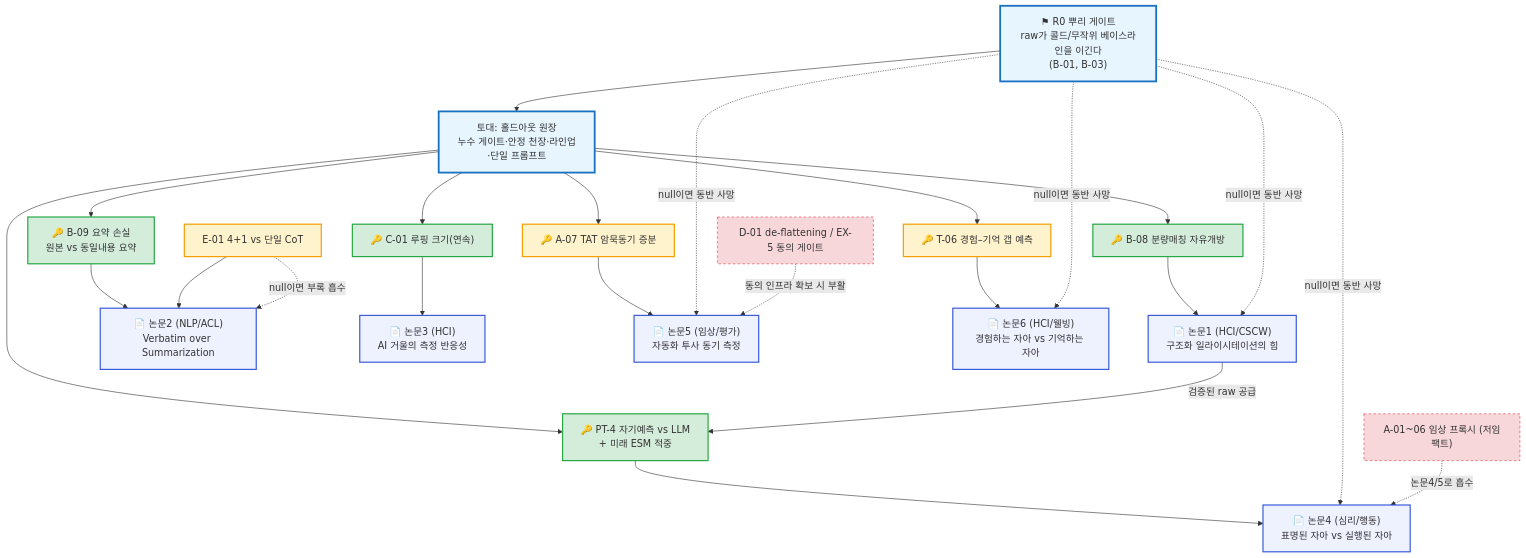
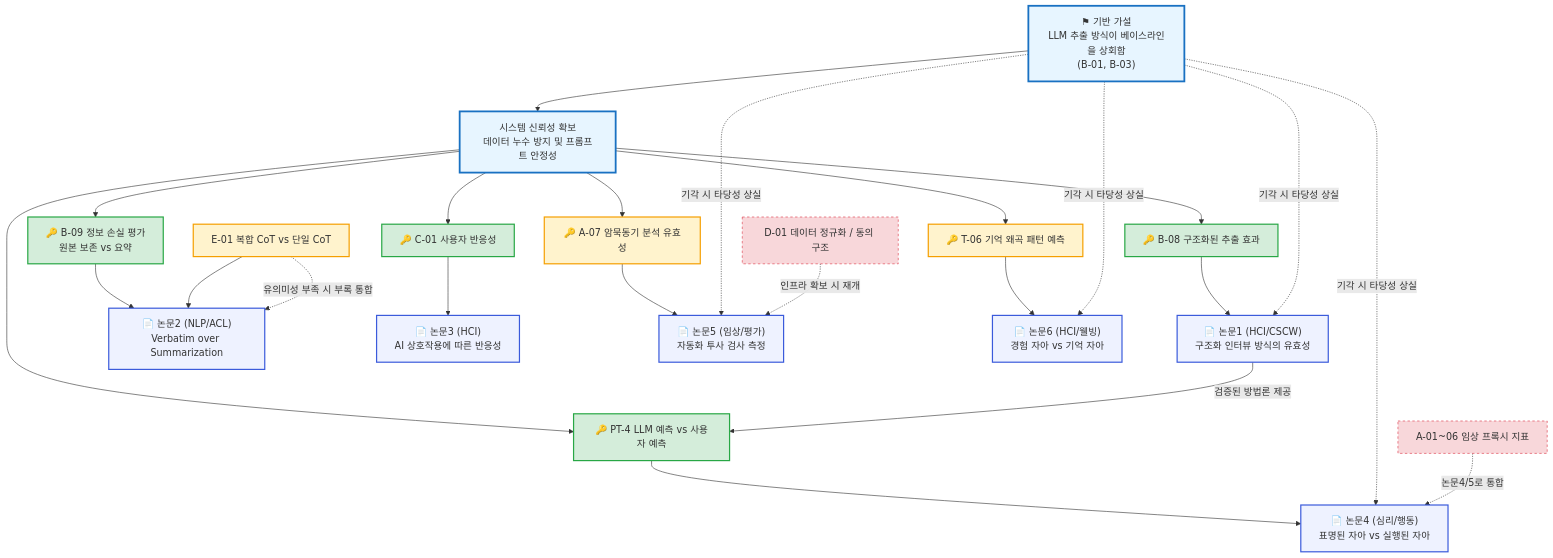
Before and after one commit to YiTanJang/extracting-the-human-mind: the diagram in 논문 전략.md, drawn with Mermaid. The commit also changed other lines of this file, not shown here.

````diff
--- a/논문 전략.md
+++ b/논문 전략.md
@@ -27,39 +27,39 @@
 ```mermaid
 graph TD
     classDef paper fill:#eef2ff,stroke:#3b5bdb,stroke-width:2px;
     classDef key fill:#d4edda,stroke:#28a745,stroke-width:2px;
     classDef risky fill:#fff3cd,stroke:#f59f00,stroke-width:2px;
     classDef null fill:#f8d7da,stroke:#dc3545,stroke-width:1px,stroke-dasharray: 4 4;
     classDef root fill:#e7f5ff,stroke:#1971c2,stroke-width:3px;
 
-    R0["⚑ R0 뿌리 게이트<br/>raw가 콜드/무작위 베이스라인을 이긴다<br/>(B-01, B-03)"]:::root
-    FND["토대: 홀드아웃 원장<br/>누수 게이트·안정 천장·라인업·단일 프롬프트"]:::root
+    R0["⚑ 기반 가설<br/>LLM 추출 방식이 베이스라인을 상회함<br/>(B-01, B-03)"]:::root
+    FND["시스템 신뢰성 확보<br/>데이터 누수 방지 및 프롬프트 안정성"]:::root
     R0 --> FND
 
-    %% 앵커
-    K1["🔑 B-08 분량매칭 자유개방"]:::key --> P1["📄 논문1 (HCI/CSCW)<br/>구조화 일라이시테이션의 힘"]:::paper
-    K2["🔑 B-09 요약 손실<br/>원본 vs 동일내용 요약"]:::key --> P2["📄 논문2 (NLP/ACL)<br/>Verbatim over Summarization"]:::paper
+    %% 주요 연구
+    K1["🔑 B-08 구조화된 추출 효과"]:::key --> P1["📄 논문1 (HCI/CSCW)<br/>구조화 인터뷰 방식의 유효성"]:::paper
+    K2["🔑 B-09 정보 손실 평가<br/>원본 보존 vs 요약"]:::key --> P2["📄 논문2 (NLP/ACL)<br/>Verbatim over Summarization"]:::paper
 
-    %% 헤지(비상관)
-    K3["🔑 C-01 루핑 크기(연속)"]:::key --> P3["📄 논문3 (HCI)<br/>AI 거울의 측정 반응성"]:::paper
+    %% 독립 연구
+    K3["🔑 C-01 사용자 반응성"]:::key --> P3["📄 논문3 (HCI)<br/>AI 상호작용에 따른 반응성"]:::paper
 
-    %% 조건부(R0 의존)
-    K4["🔑 PT-4 자기예측 vs LLM<br/>+ 미래 ESM 적중"]:::key --> P4["📄 논문4 (심리/행동)<br/>표명된 자아 vs 실행된 자아"]:::paper
-    K5["🔑 A-07 TAT 암묵동기 증분"]:::risky --> P5["📄 논문5 (임상/평가)<br/>자동화 투사 동기 측정"]:::paper
-    K6["🔑 T-06 경험–기억 갭 예측"]:::risky --> P6["📄 논문6 (HCI/웰빙)<br/>경험하는 자아 vs 기억하는 자아"]:::paper
+    %% 후속 연구 (기반 가설 의존)
+    K4["🔑 PT-4 LLM 예측 vs 사용자 예측"]:::key --> P4["📄 논문4 (심리/행동)<br/>표명된 자아 vs 실행된 자아"]:::paper
+    K5["🔑 A-07 암묵동기 분석 유효성"]:::risky --> P5["📄 논문5 (임상/평가)<br/>자동화 투사 검사 측정"]:::paper
+    K6["🔑 T-06 기억 왜곡 패턴 예측"]:::risky --> P6["📄 논문6 (HCI/웰빙)<br/>경험 자아 vs 기억 자아"]:::paper
 
-    %% 흡수/보류
-    KE["E-01 4+1 vs 단일 CoT"]:::risky --> P2
-    KE -.->|null이면 부록 흡수| P2
-    D01["D-01 de-flattening / EX-5 동의 게이트"]:::null
-    CL["A-01~06 임상 프록시 (저임팩트)"]:::null
+    %% 보류/통합 대상
+    KE["E-01 복합 CoT vs 단일 CoT"]:::risky --> P2
+    KE -.->|유의미성 부족 시 부록 통합| P2
+    D01["D-01 데이터 정규화 / 동의 구조"]:::null
+    CL["A-01~06 임상 프록시 지표"]:::null
 
     FND --> K1 & K2 & K3 & K4 & K5 & K6
-    R0 -.->|null이면 동반 사망| P1
-    R0 -.->|null이면 동반 사망| P4
-    R0 -.->|null이면 동반 사망| P5
-    R0 -.->|null이면 동반 사망| P6
-    P1 -->|검증된 raw 공급| K4
-    CL -.->|논문4/5로 흡수| P4
-    D01 -.->|동의 인프라 확보 시 부활| P5
+    R0 -.->|기각 시 타당성 상실| P1
+    R0 -.->|기각 시 타당성 상실| P4
+    R0 -.->|기각 시 타당성 상실| P5
+    R0 -.->|기각 시 타당성 상실| P6
+    P1 -->|검증된 방법론 제공| K4
+    CL -.->|논문4/5로 통합| P4
+    D01 -.->|인프라 확보 시 재개| P5
 ```
````
